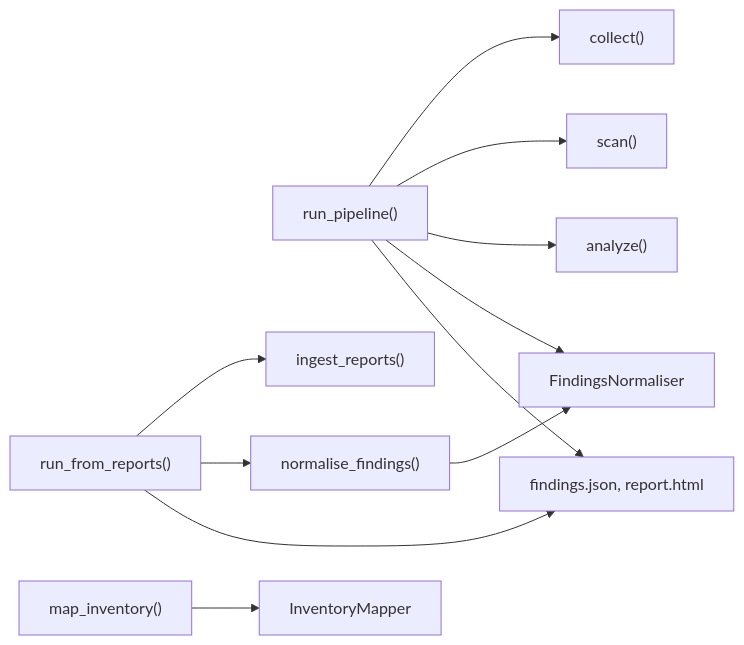
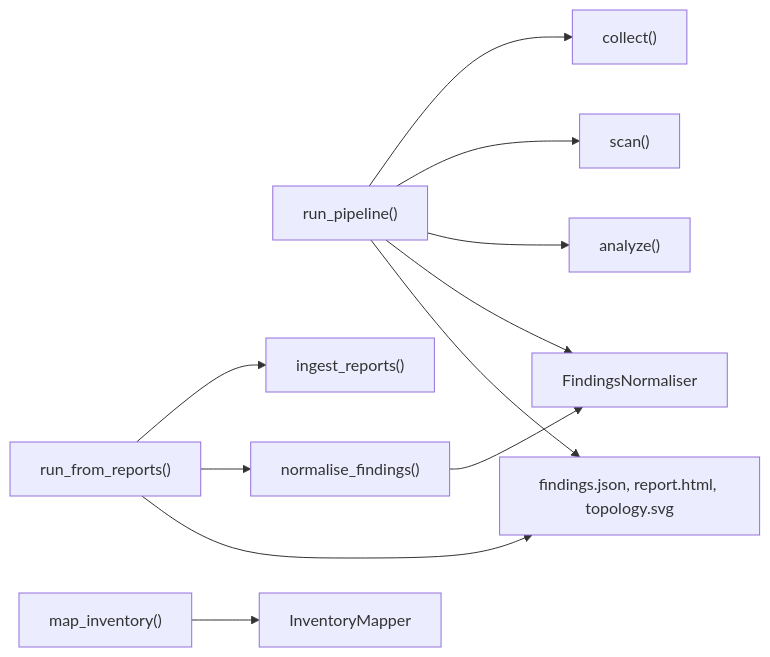
One commit to morpheuslord/cloudg changed the diagram in site/content/api/cloudgengine.md. Above: the diagram before and after it, drawn with Mermaid. The commit also changed other lines of this file and 51 other files, not shown here.

````diff
--- a/site/content/api/cloudgengine.md
+++ b/site/content/api/cloudgengine.md
@@ -11,13 +11,13 @@
 ```mermaid caption="What each entry point runs"
 flowchart LR
   RP["run_pipeline()"] --> C["collect()"]
   RP --> S["scan()"]
   RP --> A["analyze()"]
   RP --> N["FindingsNormaliser"]
-  RP --> R["findings.json, report.html"]
+  RP --> R["findings.json, report.html, topology.svg"]
   RFR["run_from_reports()"] --> I["ingest_reports()"]
   RFR --> NF["normalise_findings()"]
   NF --> N
   RFR --> R
   MI["map_inventory()"] --> IM["InventoryMapper"]
 ```
````
